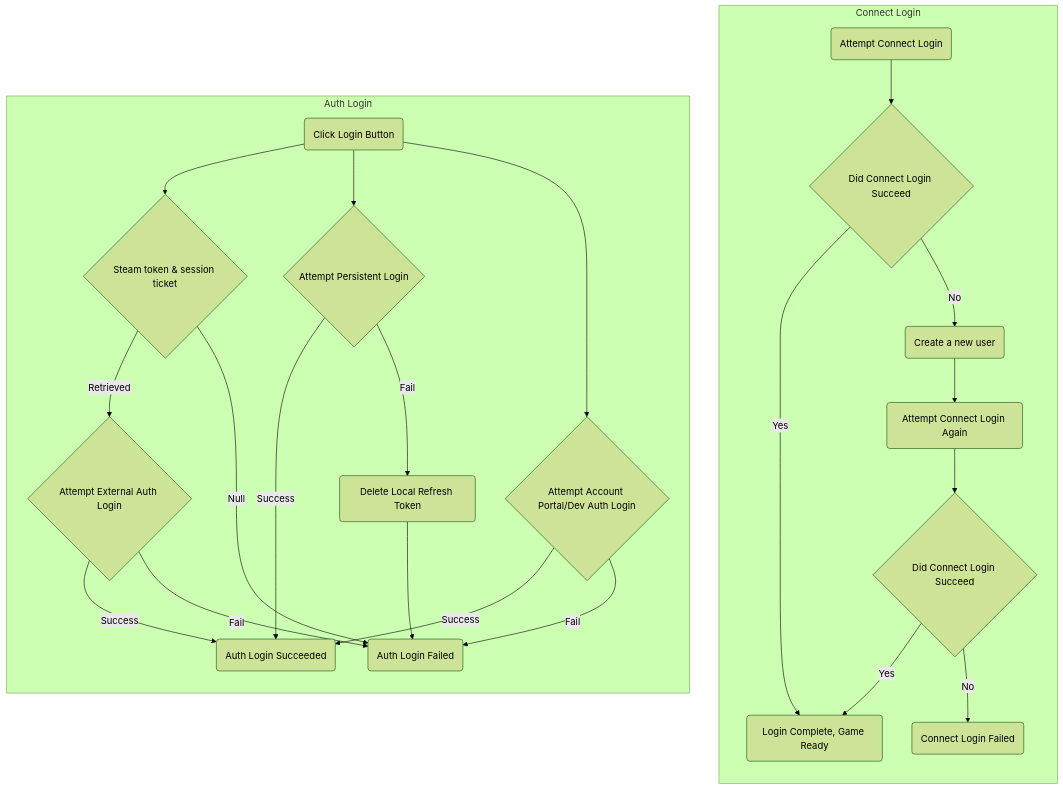
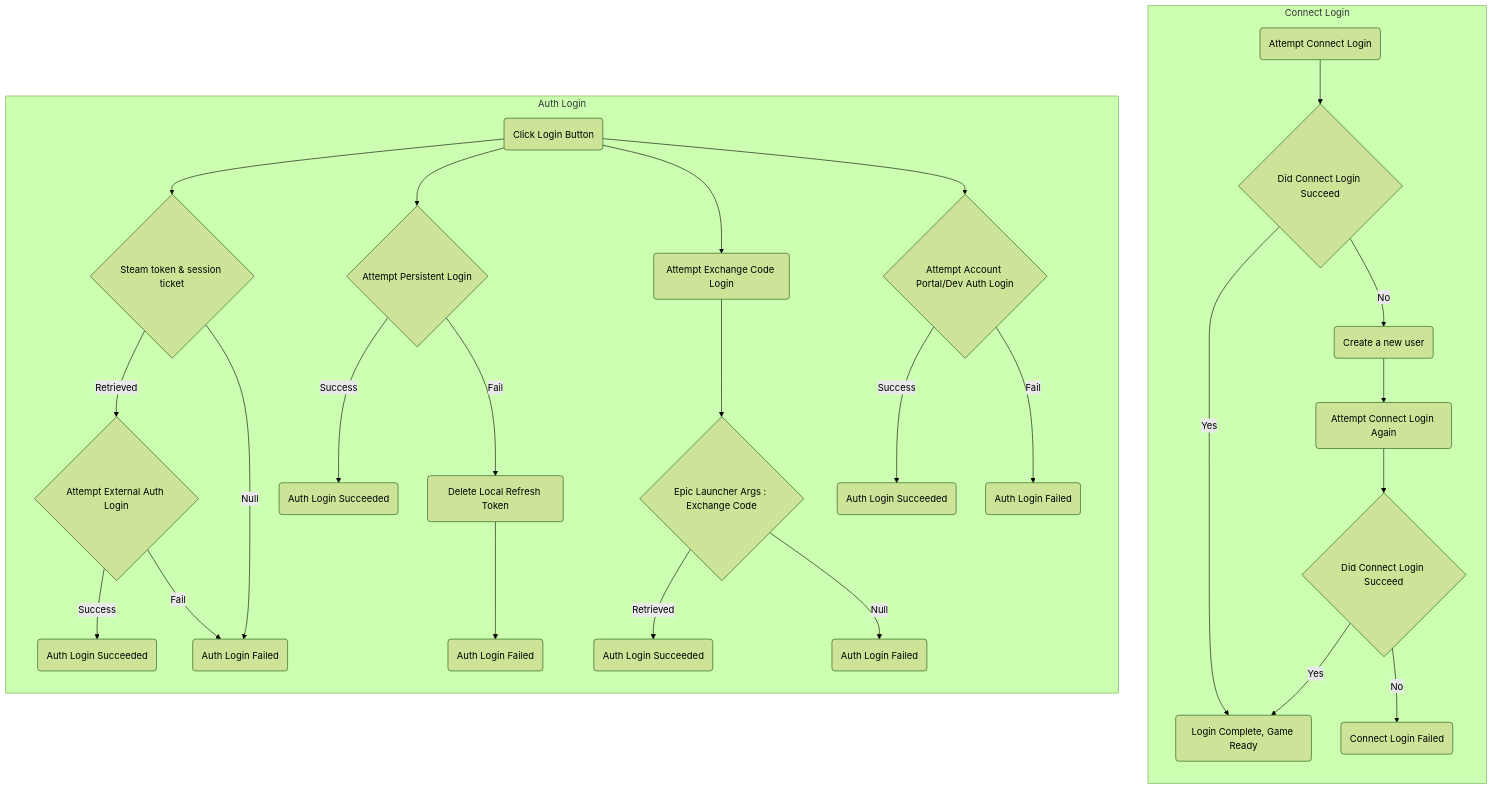
Before and after one commit to EOS-Contrib/eos_plugin_for_unity: the diagram in docs/readme_login.md, drawn with Mermaid (forest theme). The commit also changed other lines of this file and 2 other files, not shown here.

Commit message:
feat : exchange code login functionality (#287)
* feat : exchange code login functionality

Tested with Epic Game Launcher and is working with similar login flow as other login types (Press Login Button)

* doc(login) : add exchange code login into login docs

````diff
--- a/docs/readme_login.md
+++ b/docs/readme_login.md
@@ -49,47 +49,57 @@
 ```mermaid
 flowchart
   direction LR
 
     subgraph CL[Connect Login]
       direction TB
   
       I(Attempt Connect Login);
       J{Did Connect Login Succeed};
       K(Create a new user)
       L(Attempt Connect Login Again);
       M{Did Connect Login Succeed};
       N(Login Complete, Game Ready);
       O(Connect Login Failed);
     
       I-->J-->|Yes|N;
           J-->| No|K-->L-->M-->|Yes|N;
                            M-->| No|O;
 
     end;
     
     subgraph AL[Auth Login]
       direction TB
   
       A(Click Login Button);
       B{Attempt External Auth Login};
       C{Attempt Persistent Login};
+      D(Attempt Exchange Code Login);
       E{Attempt Account Portal/Dev Auth Login};
       F(Delete Local Refresh Token);
       G{Steam token & session ticket};
-  
-      Y(Auth Login Succeeded);
+      H{Epic Launcher Args : Exchange Code};
+      
+      S(Auth Login Succeeded);
+      T(Auth Login Succeeded); 
+      U(Auth Login Succeeded);
+      V(Auth Login Succeeded);
+      W(Auth Login Failed);
+      X(Auth Login Failed);
+      Y(Auth Login Failed);
       Z(Auth Login Failed);
+      
 
-
-      A-->G-->|Retrieved|B-->|Success|Y;
-                         B-->|  Fail |Z;
-          G-->|  Null |Z;
-      A-->C-->|Success|Y;
-          C-->|  Fail |F-->Z;
-      A-->E-->|Success|Y;
+      A-->G-->|Retrieved|B-->|Success|S;
+                         B-->|  Fail |W;
+          G-->|  Null |W;
+      A-->C-->|Success|T;
+          C-->|  Fail |F-->X;
+      A-->D-->H-->|Retrieved|U;
+              H-->|  Null |Y;
+      A-->E-->|Success|V;
           E-->|  Fail |Z;
     end;
   
 
     
 ```
````
